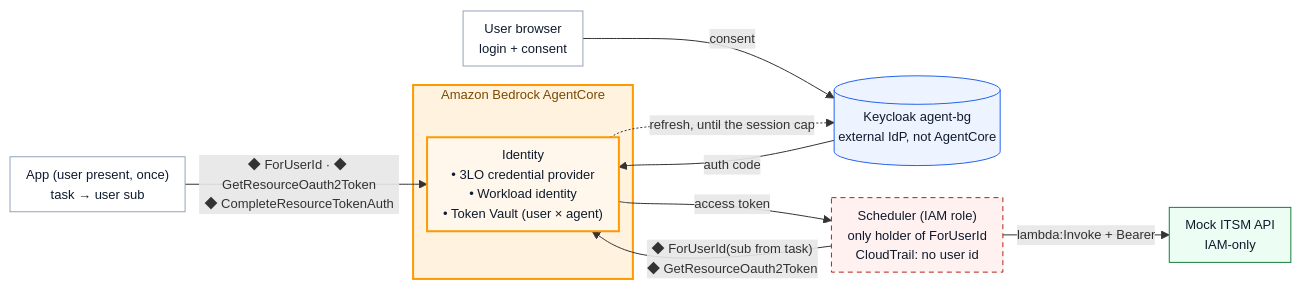
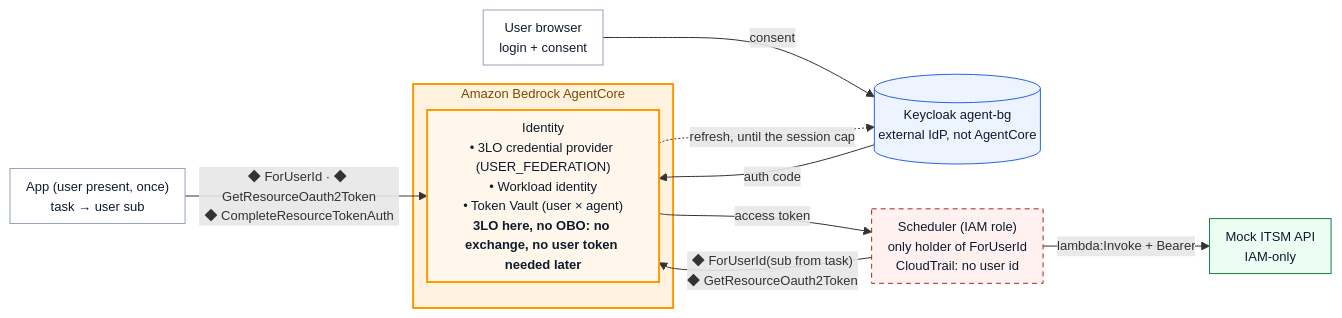
One commit to zanbei/agentcore-delegated-auth-poc changed the second of 2 diagrams in README.md. Above: the diagram before and after it, drawn with Mermaid. The commit also changed other lines of this file and 5 other files, not shown here.

Commit message:
Highlight the OBO path in the architecture; explain where OBO is and is not used

````diff
--- a/README.md
+++ b/README.md
@@ -46,25 +49,26 @@
 ```mermaid
 %%{init: {"flowchart": {"nodeSpacing": 18, "rankSpacing": 28, "padding": 8}, "themeVariables": {"fontSize": "13px"}}}%%
 flowchart LR
     APP["App (user present, once)<br/>task → user sub"] -->|"◆ ForUserId · ◆ GetResourceOauth2Token<br/>◆ CompleteResourceTokenAuth"| ID
     subgraph AC["Amazon Bedrock AgentCore"]
-        ID["Identity<br/>• 3LO credential provider<br/>• Workload identity<br/>• Token Vault (user × agent)"]
+        ID["Identity<br/>• 3LO credential provider (USER_FEDERATION)<br/>• Workload identity<br/>• Token Vault (user × agent)<br/><b>3LO here, no OBO: no exchange, no user token needed later</b>"]
     end
     B["User browser<br/>login + consent"] -->|"consent"| K[("Keycloak agent-bg<br/>external IdP, not AgentCore")]
     K -->|"auth code"| ID
     ID -.->|"refresh, until the session cap"| K
     S["Scheduler (IAM role)<br/>only holder of ForUserId<br/>CloudTrail: no user id"] -->|"◆ ForUserId(sub from task)<br/>◆ GetResourceOauth2Token"| ID
     ID -->|"access token"| S
     S -->|"lambda:Invoke + Bearer"| D["Mock ITSM API<br/>IAM-only"]
     classDef agentcore fill:#fff7eb,stroke:#ff9900,stroke-width:2px,color:#0f1b2d
+    classDef obo fill:#ffe0b2,stroke:#e65100,stroke-width:4px,color:#0f1b2d
     classDef idp fill:#eef4ff,stroke:#2563eb,color:#0f1b2d
     classDef app fill:#ffffff,stroke:#94a3b8,color:#0f1b2d
     classDef down fill:#ecfdf3,stroke:#15803d,color:#0f1b2d
     classDef risk fill:#fff1f0,stroke:#b42318,stroke-dasharray:5 4,color:#0f1b2d
     style AC fill:#fff3e0,stroke:#ff9900,stroke-width:2px,color:#7a4a00
     class ID agentcore
     class K idp
     class APP,B app
     class D down
     class S risk
 ```
````
